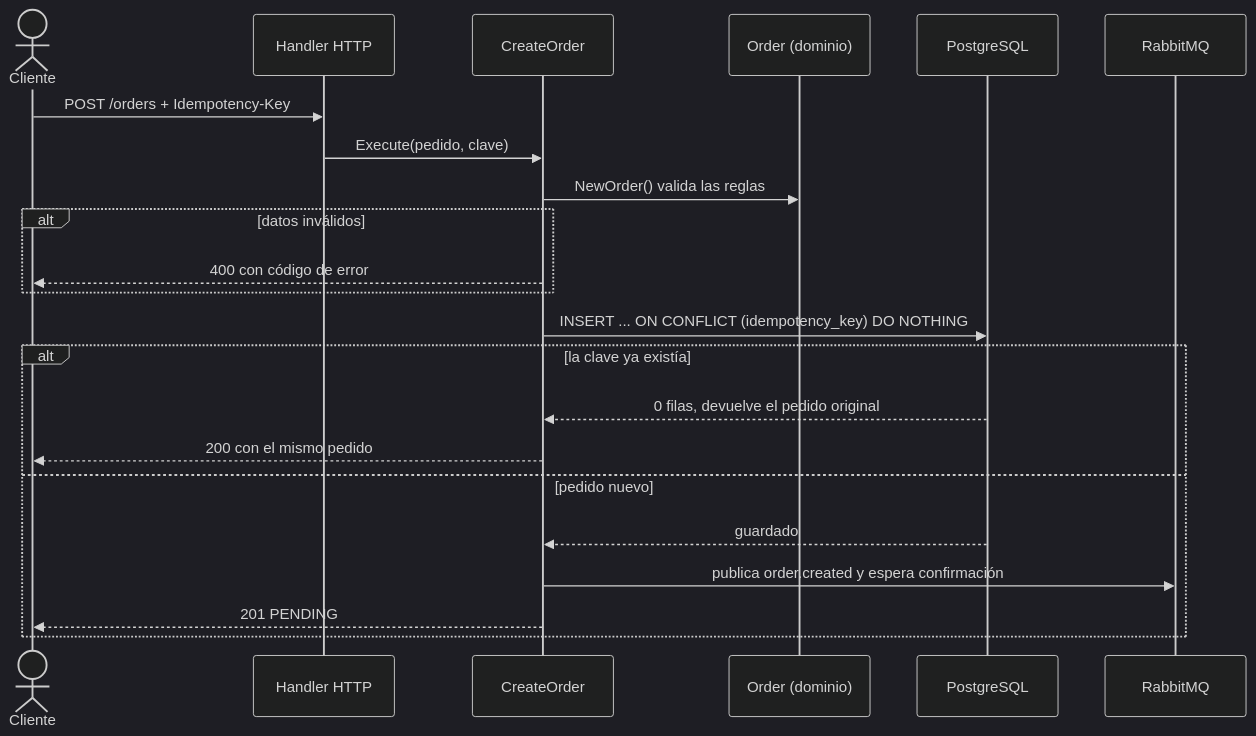
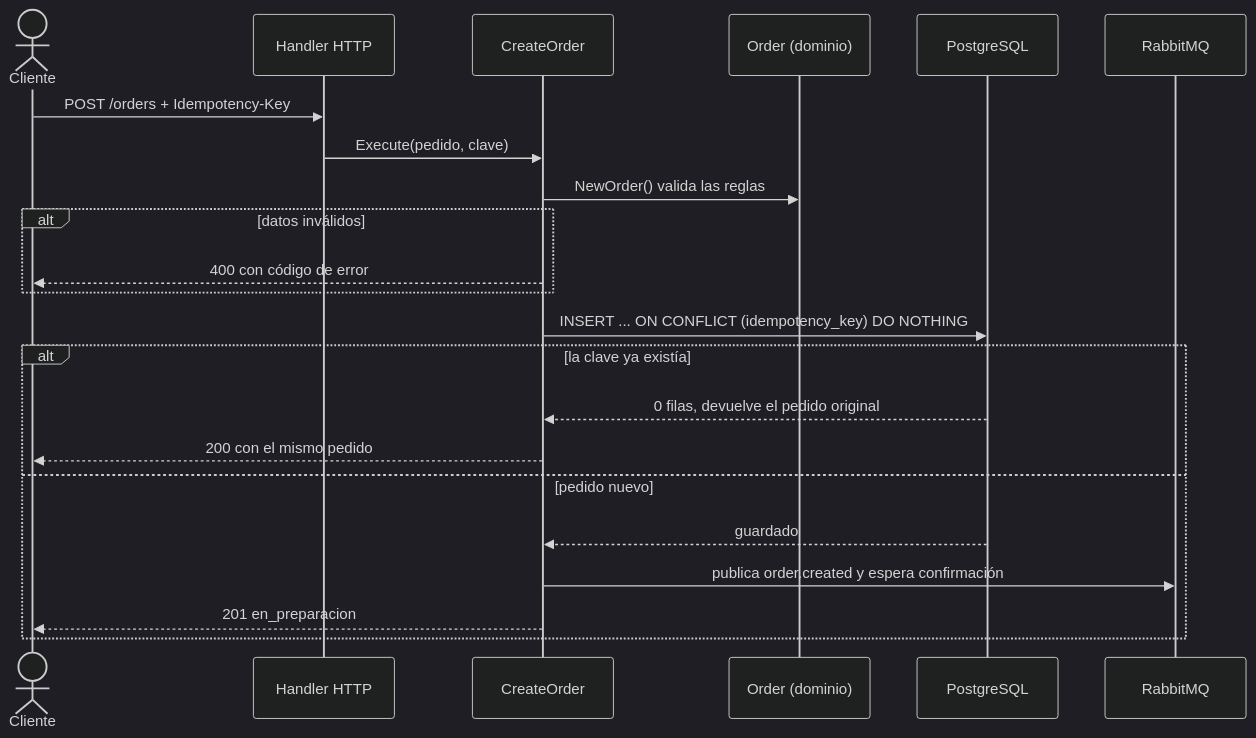
Before and after one commit to josemiguellopez/bootcamp_go_xintec: the third of 8 diagrams in docs/04-arquitectura.md, drawn with Mermaid (dark theme). The commit also changed other lines of this file and 11 other files, not shown here.

````diff
--- a/docs/04-arquitectura.md
+++ b/docs/04-arquitectura.md
@@ -51,25 +51,25 @@
 ```mermaid
 sequenceDiagram
     actor C as Cliente
     participant H as Handler HTTP
     participant UC as CreateOrder
     participant D as Order (dominio)
     participant DB as PostgreSQL
     participant MQ as RabbitMQ
 
     C->>H: POST /orders + Idempotency-Key
     H->>UC: Execute(pedido, clave)
     UC->>D: NewOrder() valida las reglas
     alt datos inválidos
         UC-->>C: 400 con código de error
     end
     UC->>DB: INSERT ... ON CONFLICT (idempotency_key) DO NOTHING
     alt la clave ya existía
         DB-->>UC: 0 filas, devuelve el pedido original
         UC-->>C: 200 con el mismo pedido
     else pedido nuevo
         DB-->>UC: guardado
         UC->>MQ: publica order.created y espera confirmación
-        UC-->>C: 201 PENDING
+        UC-->>C: 201 en_preparacion
     end
 ```
````
